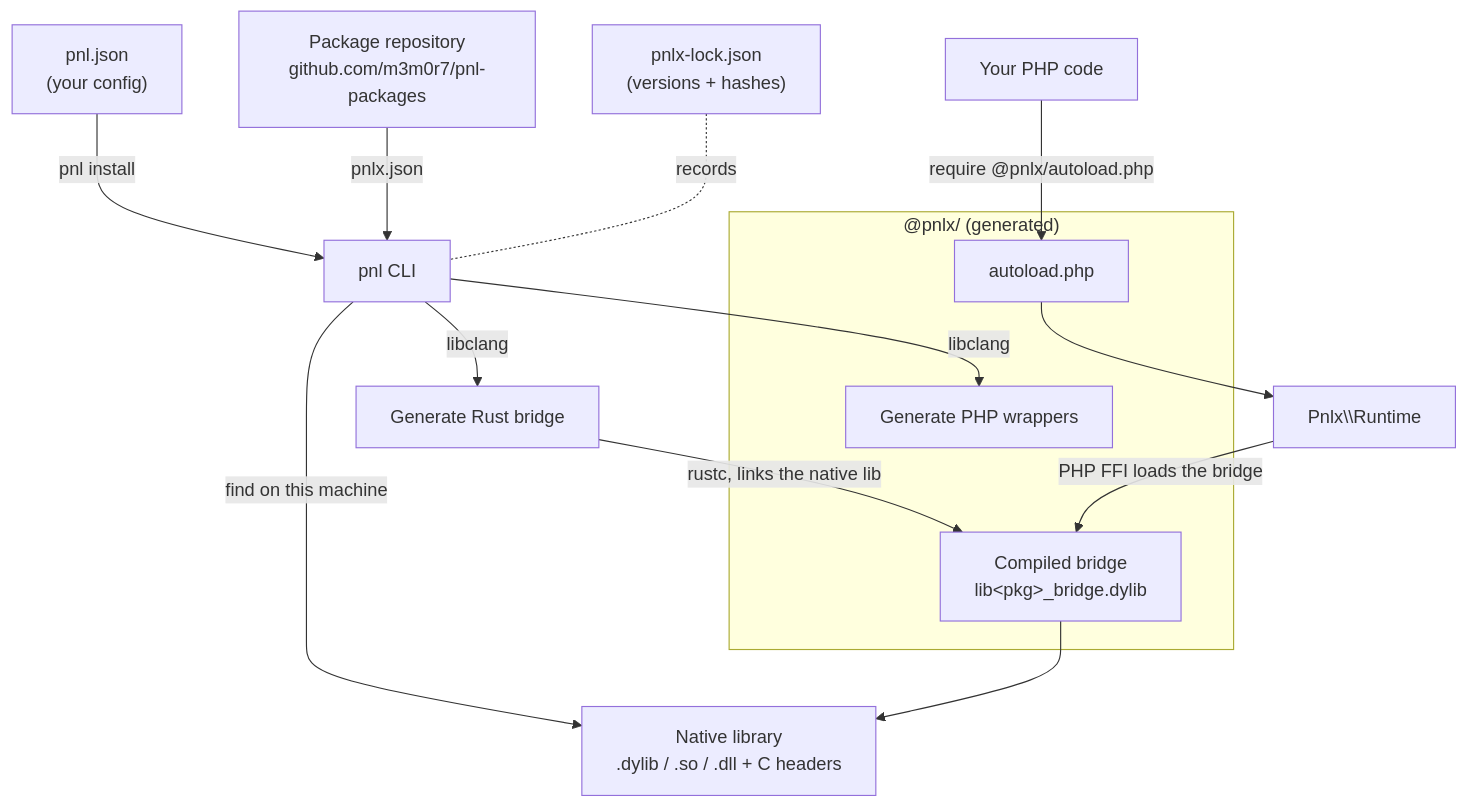
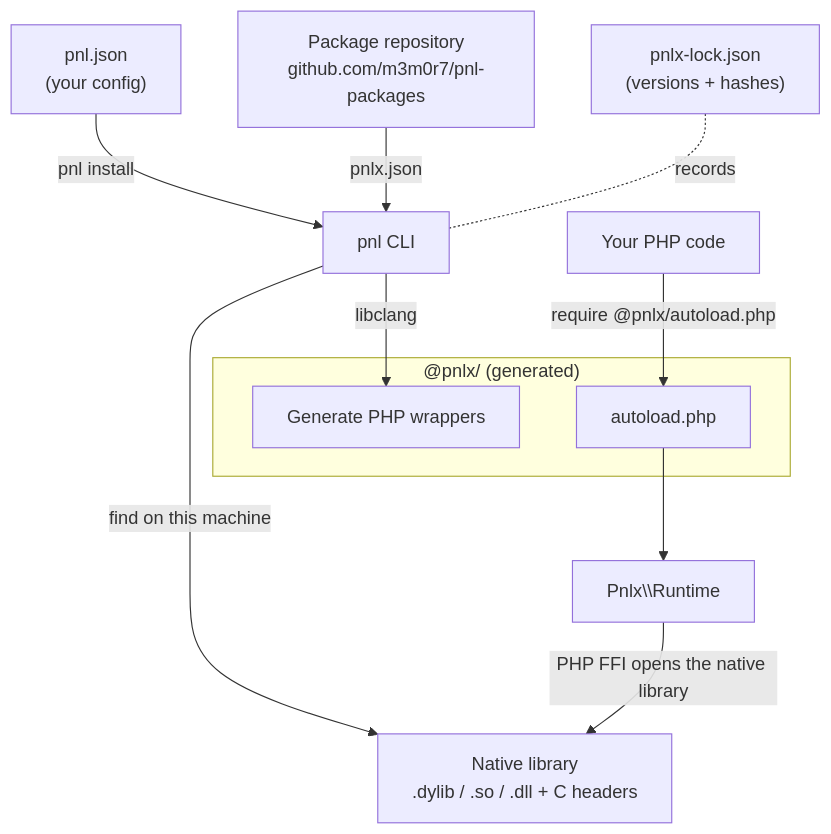
Before and after one commit to m3m0r7/pnl: the diagram in docs/en/overview.md, drawn with Mermaid. The commit also changed other lines of this file and 187 other files, not shown here.

````diff
--- a/docs/en/overview.md
+++ b/docs/en/overview.md
@@ -55,19 +54,15 @@
 ```mermaid
 flowchart TD
     A["pnl.json<br/>(your config)"] -->|pnl install| B[pnl CLI]
     R["Package repository<br/>github.com/m3m0r7/pnl-packages"] -->|pnlx.json| B
     B -->|find on this machine| C["Native library<br/>.dylib / .so / .dll + C headers"]
     B -->|libclang| D[Generate PHP wrappers]
-    B -->|libclang| E[Generate Rust bridge]
-    E -->|rustc, links the native lib| F["Compiled bridge<br/>lib&lt;pkg&gt;_bridge.dylib"]
     subgraph W["@pnlx/ (generated)"]
         D
-        F
         AL[autoload.php]
     end
     L["pnlx-lock.json<br/>(versions + hashes)"] -.records.- B
     G["Your PHP code"] -->|require @pnlx/autoload.php| AL
     AL --> H["Pnlx\\Runtime"]
-    H -->|PHP FFI loads the bridge| F
-    F --> C
+    H -->|PHP FFI opens the native library| C
 ```
````
